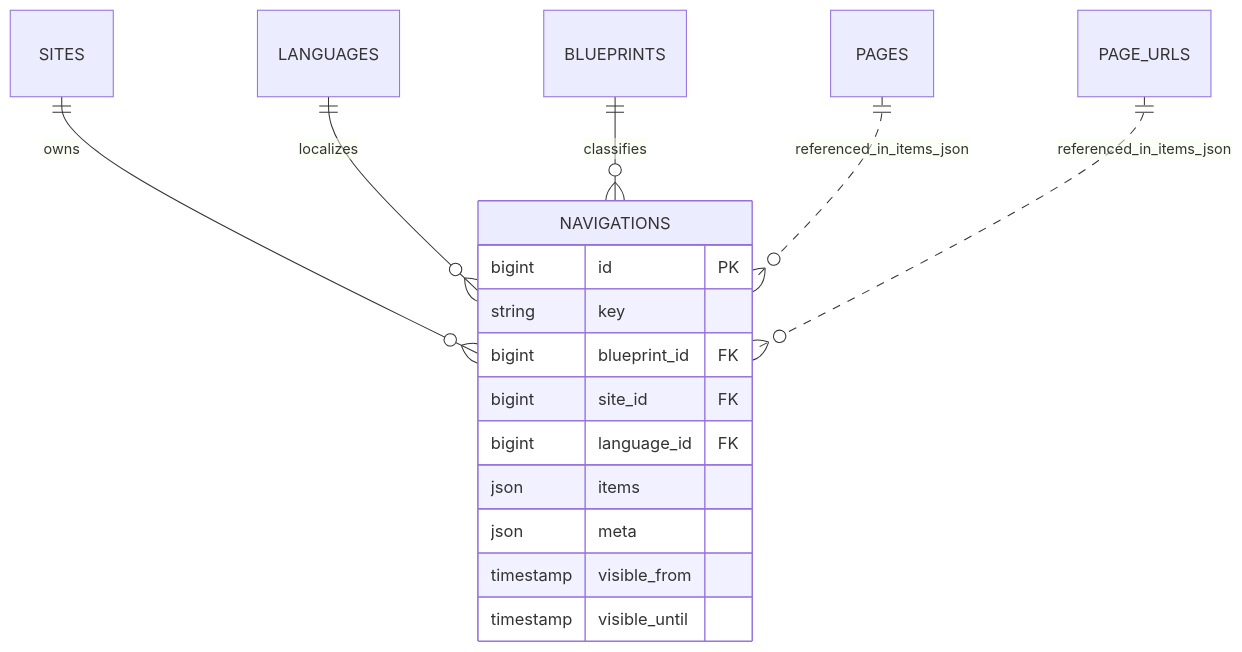
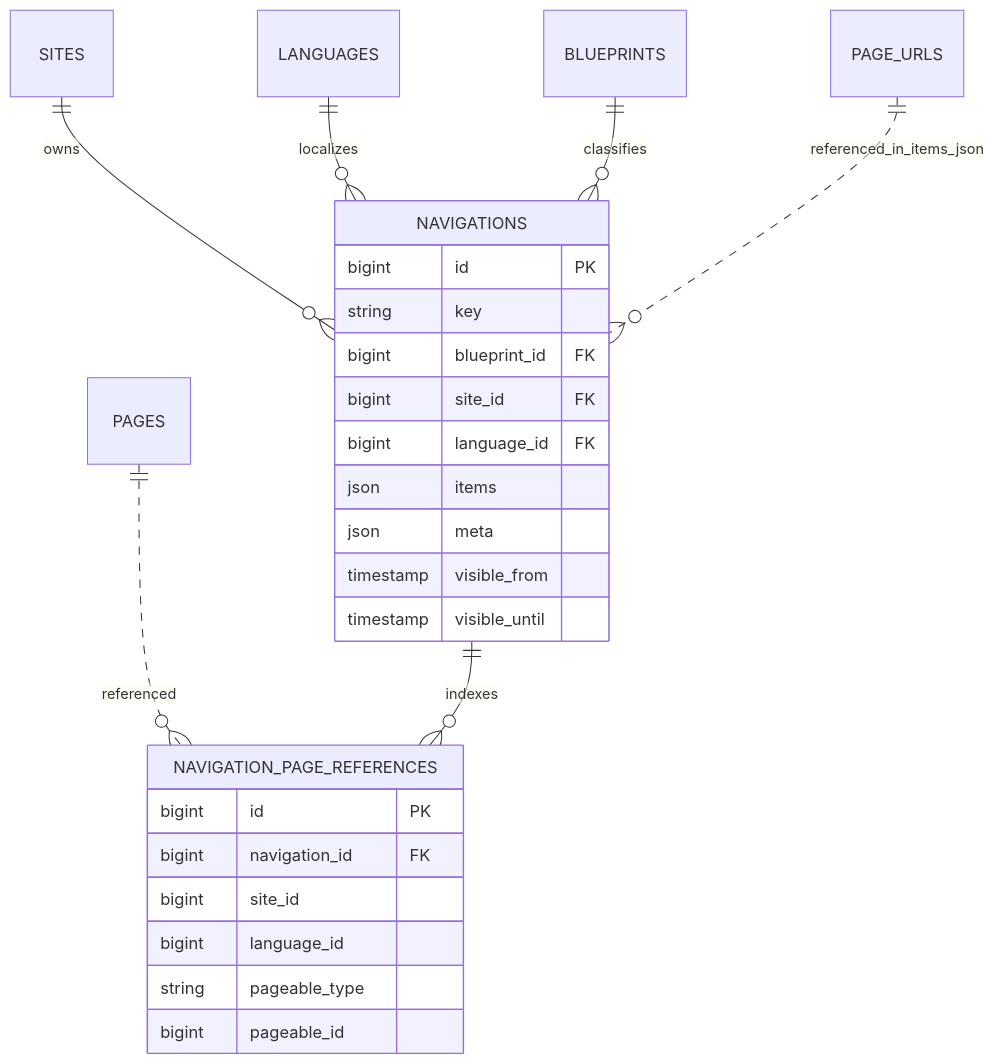
The diagram in docs/overview.md (capell-app/navigation), drawn with Mermaid before and after one commit. The commit also changed other lines of this file and 55 other files, not shown here.

````diff
--- a/docs/overview.md
+++ b/docs/overview.md
@@ -117,20 +133,30 @@
 ```mermaid
 erDiagram
     SITES ||--o{ NAVIGATIONS : owns
     LANGUAGES ||--o{ NAVIGATIONS : localizes
     BLUEPRINTS ||--o{ NAVIGATIONS : classifies
-    PAGES ||..o{ NAVIGATIONS : referenced_in_items_json
+    PAGES ||..o{ NAVIGATION_PAGE_REFERENCES : referenced
+    NAVIGATIONS ||--o{ NAVIGATION_PAGE_REFERENCES : indexes
     PAGE_URLS ||..o{ NAVIGATIONS : referenced_in_items_json
 
     NAVIGATIONS {
         bigint id PK
         string key
         bigint blueprint_id FK
         bigint site_id FK
         bigint language_id FK
         json items
         json meta
         timestamp visible_from
         timestamp visible_until
     }
+
+    NAVIGATION_PAGE_REFERENCES {
+        bigint id PK
+        bigint navigation_id FK
+        bigint site_id
+        bigint language_id
+        string pageable_type
+        bigint pageable_id
+    }
 ```
````
